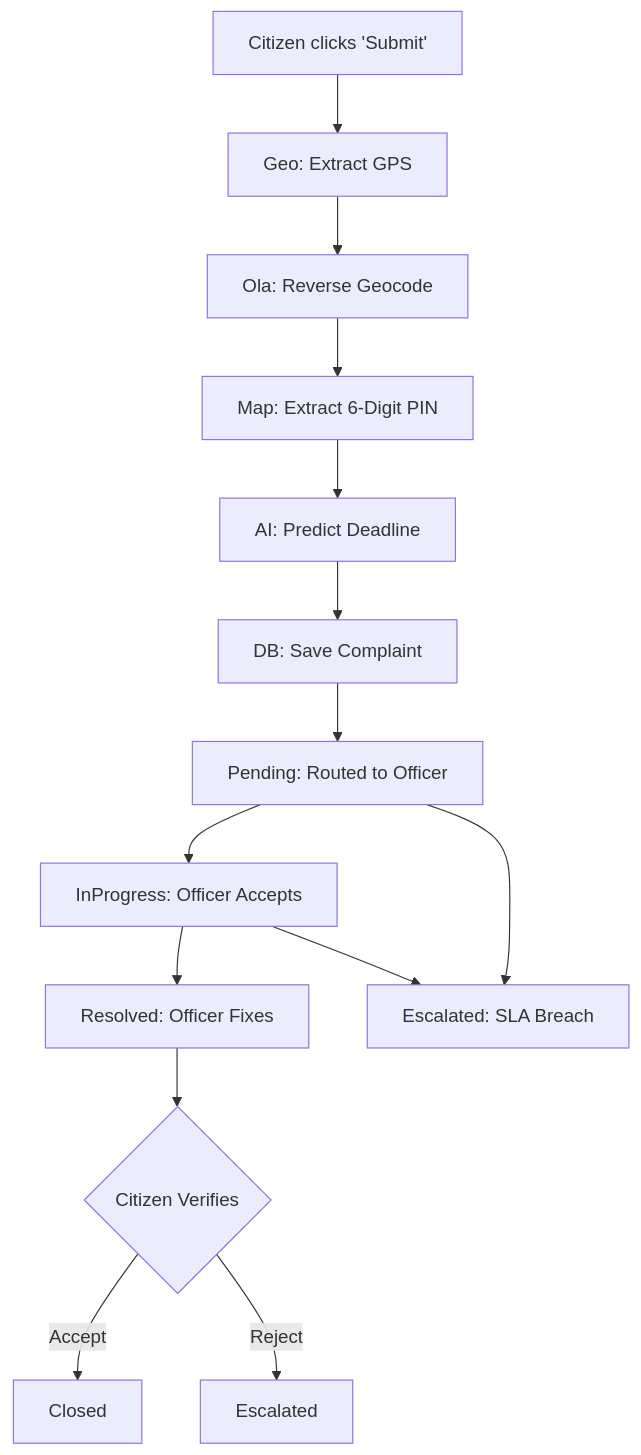
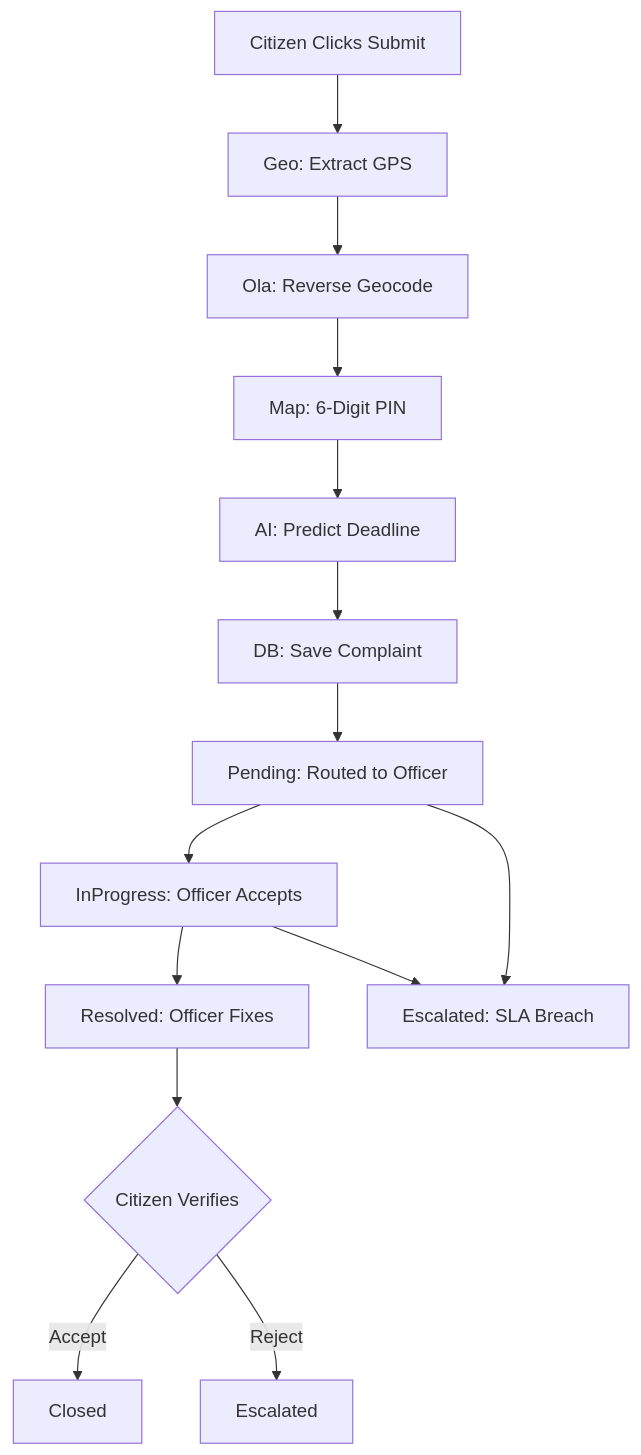
The second of 9 diagrams in PROJECT_DOCUMENTATION.md (abhayXdev/CityShakti-Backend), drawn with Mermaid before and after one commit. The commit also changed other lines of this file, not shown here.

Commit message:
fix: ultra-safe Mermaid syntax for GitHub compatibility

````diff
--- a/PROJECT_DOCUMENTATION.md
+++ b/PROJECT_DOCUMENTATION.md
@@ -57,19 +57,19 @@
 ```mermaid
 flowchart TD
-    A[Citizen clicks 'Submit'] --> B[Geo: Extract GPS]
-    B --> C[Ola: Reverse Geocode]
-    C --> D[Map: Extract 6-Digit PIN]
-    D --> E[AI: Predict Deadline]
-    E --> F[DB: Save Complaint]
+    A["Citizen Clicks Submit"] --> B["Geo: Extract GPS"]
+    B --> C["Ola: Reverse Geocode"]
+    C --> D["Map: 6-Digit PIN"]
+    D --> E["AI: Predict Deadline"]
+    E --> F["DB: Save Complaint"]
     
-    F --> G[Pending: Routed to Officer]
-    G --> H[InProgress: Officer Accepts]
-    H --> I[Resolved: Officer Fixes]
+    F --> G["Pending: Routed to Officer"]
+    G --> H["InProgress: Officer Accepts"]
+    H --> I["Resolved: Officer Fixes"]
     
-    I --> J{Citizen Verifies}
-    J -->|Accept| K[Closed]
-    J -->|Reject| L[Escalated]
+    I --> J{"Citizen Verifies"}
+    J -- "Accept" --> K["Closed"]
+    J -- "Reject" --> L["Escalated"]
     
-    G --> M[Escalated: SLA Breach]
+    G --> M["Escalated: SLA Breach"]
     H --> M
 ```
````
